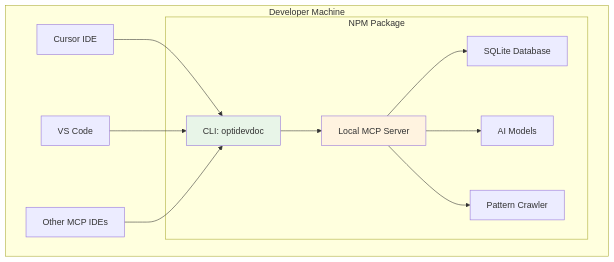
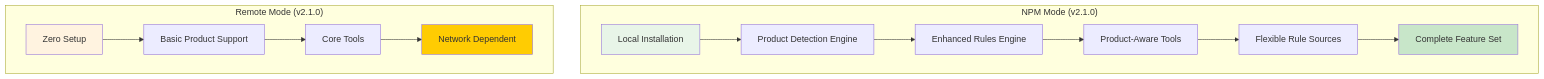
Before and after one commit to biswajitpanday/Optivise: the second of 2 diagrams in README.md, drawn with Mermaid. The commit also changed other lines of this file and 26 other files, not shown here.

````diff
--- a/README.md
+++ b/README.md
@@ -131,27 +190,26 @@
 ```mermaid
 graph TB
-    subgraph "Developer Machine"
-        A[Cursor IDE]
-        B[VS Code]
-        C[Other MCP IDEs]
-        
-        subgraph "NPM Package"
-            D[CLI: optidevdoc]
-            E[Local MCP Server]
-            F[SQLite Database]
-            G[AI Models]
-            H[Pattern Crawler]
-        end
+    subgraph "NPM Mode (v2.1.0)"
+        A[Local Installation]
+        B[Product Detection Engine]
+        C[Enhanced Rules Engine]
+        D[Product-Aware Tools]
+        E[Flexible Rule Sources]
+        F[Complete Feature Set]
     end
     
-    A --> D
-    B --> D
-    C --> D
-    D --> E
-    E --> F
-    E --> G
-    E --> H
+    subgraph "Remote Mode (v2.1.0)"
+        G[Zero Setup]
+        H[Basic Product Support]
+        I[Core Tools]
+        J[Network Dependent]
+    end
     
-    style D fill:#e8f5e8
-    style E fill:#fff3e0
+    A --> B --> C --> D --> E --> F
+    G --> H --> I --> J
+    
+    style A fill:#e8f5e8
+    style F fill:#c8e6c9
+    style G fill:#fff3e0
+    style J fill:#ffcc02
 ```
````
